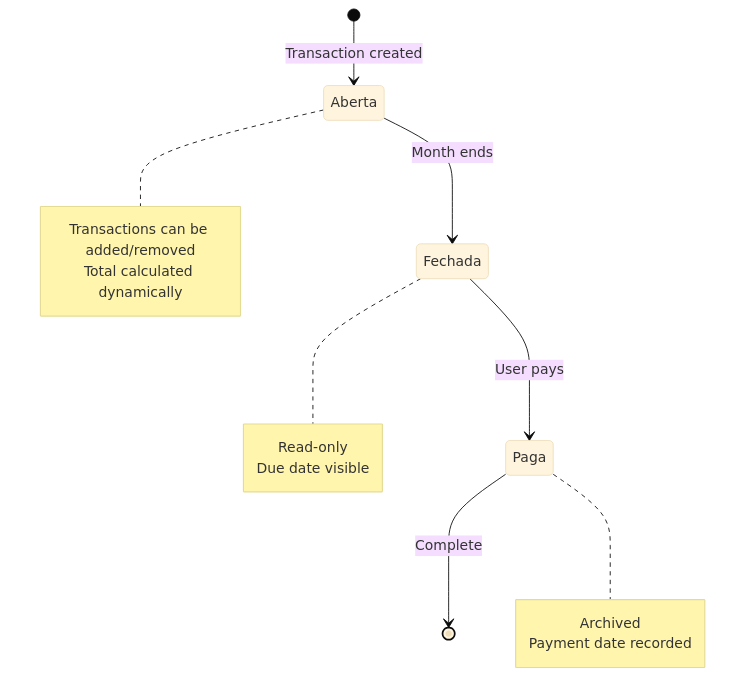
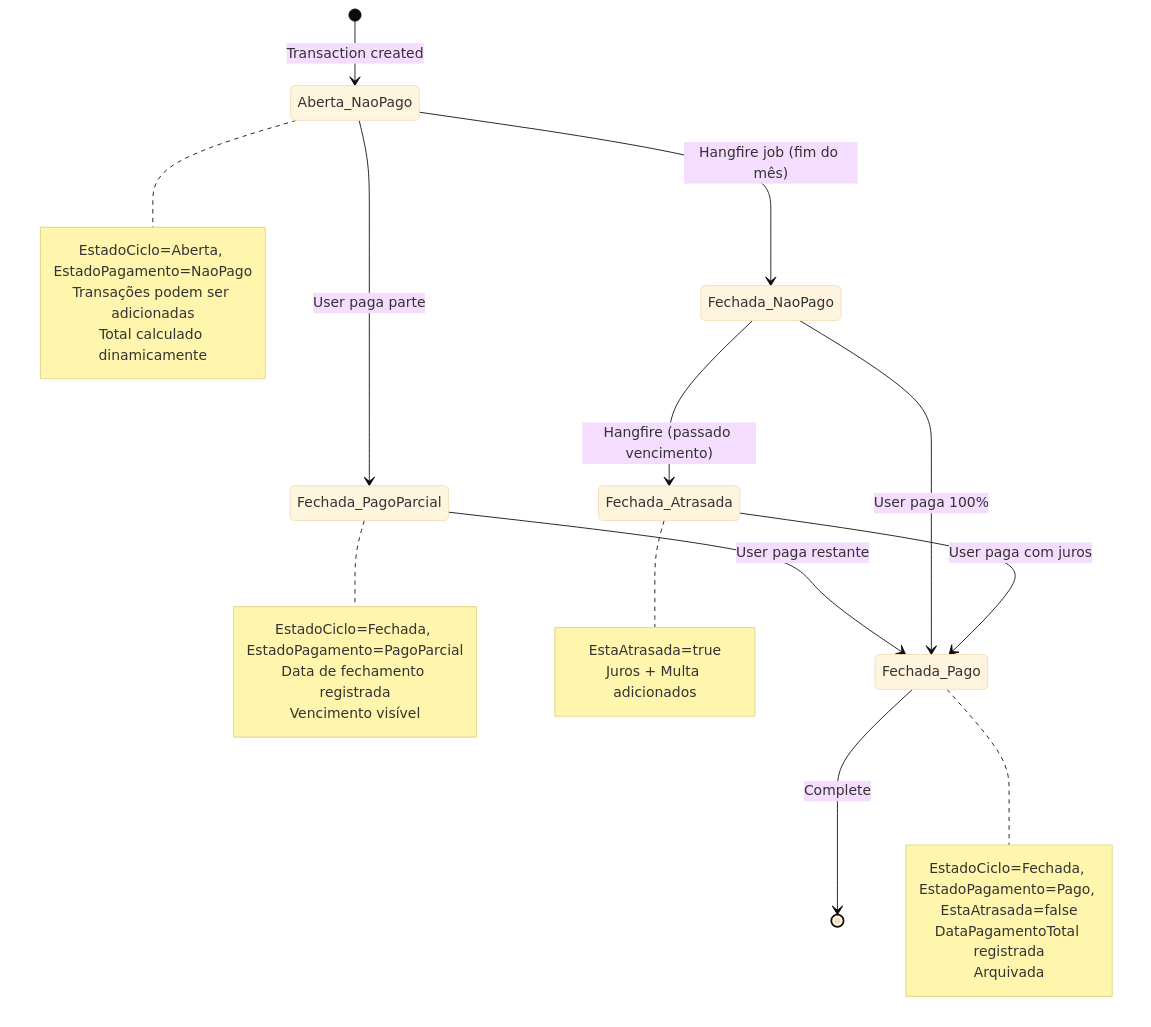
Before and after one commit to GustavoPontess/controle-financeiro: the tenth of 10 diagrams in docs/FLOWS.md, drawn with Mermaid (base theme). The commit also changed other lines of this file and 4 other files, not shown here.

Commit message:
docs(parcelamento): atualizar DATABASE/FLOWS/STANDARDS com ETAPA 2-12 + marcar #1 resolvido

````diff
--- a/docs/FLOWS.md
+++ b/docs/FLOWS.md
@@ -240,22 +298,34 @@
 ```mermaid
 stateDiagram-v2
-    [*] --> Aberta: Transaction created
-    Aberta --> Fechada: Month ends
-    Fechada --> Paga: User pays
-    Paga --> [*]: Complete
-    
-    note right of Aberta
-        Transactions can be added/removed
-        Total calculated dynamically
+    [*] --> Aberta_NaoPago: Transaction created
+    note right of Aberta_NaoPago
+        EstadoCiclo=Aberta, EstadoPagamento=NaoPago
+        Transações podem ser adicionadas
+        Total calculado dinamicamente
     end note
     
-    note right of Fechada
-        Read-only
-        Due date visible
+    Aberta_NaoPago --> Fechada_NaoPago: Hangfire job (fim do mês)
+    Aberta_NaoPago --> Fechada_PagoParcial: User paga parte
+    note right of Fechada_PagoParcial
+        EstadoCiclo=Fechada, EstadoPagamento=PagoParcial
+        Data de fechamento registrada
+        Vencimento visível
     end note
     
-    note right of Paga
-        Archived
-        Payment date recorded
+    Fechada_NaoPago --> Fechada_Atrasada: Hangfire (passado vencimento)
+    note right of Fechada_Atrasada
+        EstaAtrasada=true
+        Juros + Multa adicionados
+    end note
+    
+    Fechada_PagoParcial --> Fechada_Pago: User paga restante
+    Fechada_NaoPago --> Fechada_Pago: User paga 100%
+    Fechada_Atrasada --> Fechada_Pago: User paga com juros
+    
+    Fechada_Pago --> [*]: Complete
+    note right of Fechada_Pago
+        EstadoCiclo=Fechada, EstadoPagamento=Pago, EstaAtrasada=false
+        DataPagamentoTotal registrada
+        Arquivada
     end note
 ```
````
